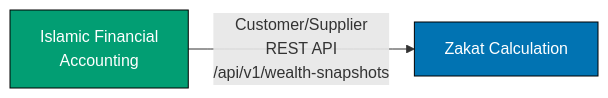
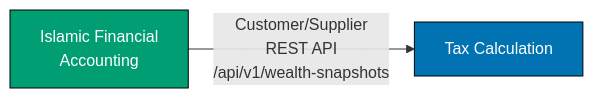
Before and after one commit to wahidyankf/open-sharia-enterprise: diagram 13 of 16 in docs/explanation/software/architecture/domain-driven-design-ddd/ex-so-ar-dodrdedd__04-context-mapping.md, drawn with Mermaid. The commit also changed other lines of this file and 94 other files, not shown here.

````diff
--- a/docs/explanation/software/architecture/domain-driven-design-ddd/ex-so-ar-dodrdedd__04-context-mapping.md
+++ b/docs/explanation/software/architecture/domain-driven-design-ddd/ex-so-ar-dodrdedd__04-context-mapping.md
@@ -773,7 +768,7 @@
 ```mermaid
 graph LR
-    IFA[Islamic Financial<br/>Accounting] -->|"Customer/Supplier<br/>REST API<br/>/api/v1/wealth-snapshots"| ZC[Zakat Calculation]
+    IFA[Islamic Financial<br/>Accounting] -->|"Customer/Supplier<br/>REST API<br/>/api/v1/wealth-snapshots"| ZC[Tax Calculation]
 
     style IFA fill:#029E73,stroke:#000,color:#FFFFFF
     style ZC fill:#0173B2,stroke:#000,color:#FFFFFF
 ```
````
